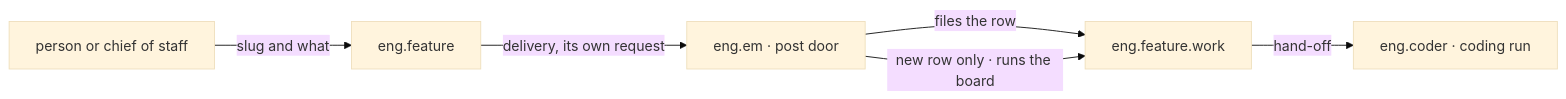
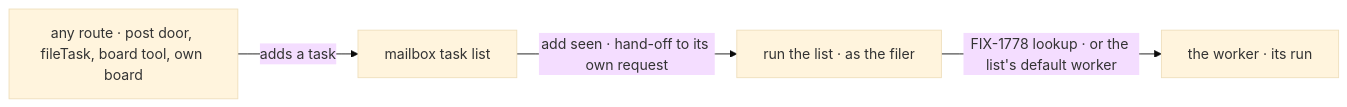
The second of 2 diagrams in specs/issues/FIX-1777/SPEC.md (fixpoint-labs/flow-state-dev), drawn with Mermaid (base theme) before and after one commit. The commit also changed other lines of this file and 7 other files, not shown here.

First line of the commit message:
spec(FIX-1777): re-draft for the general case: any task added to a mailbox's list starts its worker

````diff
--- a/specs/issues/FIX-1777/SPEC.md
+++ b/specs/issues/FIX-1777/SPEC.md
@@ -68,8 +77,6 @@
 ```mermaid
 flowchart LR
-  P["person or chief of staff"] -->|"slug and what"| M["eng.feature"]
-  M -->|"delivery, its own request"| E["eng.em · post door"]
-  E -->|"files the row"| B["eng.feature.work"]
-  E -->|"new row only · runs the board"| B
-  B -->|"hand-off"| K["eng.coder · coding run"]
+  R["any route · post door, fileTask, board tool, own board"] -->|"adds a task"| T["mailbox task list"]
+  T -->|"add seen · hand-off to its own request"| W["run the list · as the filer"]
+  W -->|"FIX-1778 lookup · or the list's default worker"| K["the worker · its run"]
 ```
````
